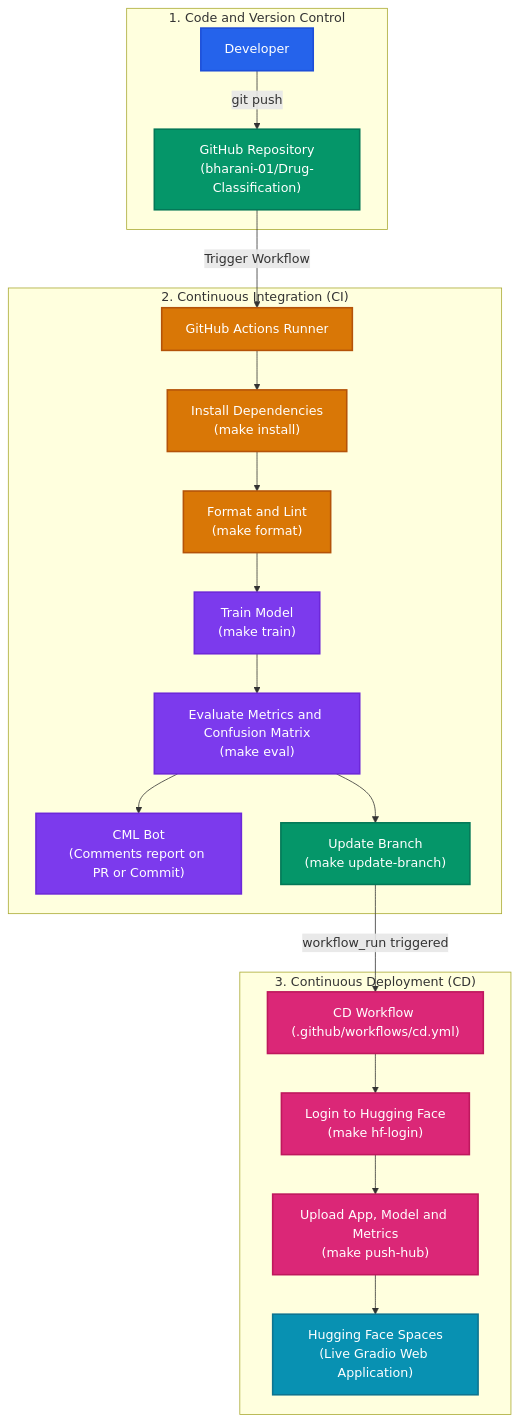
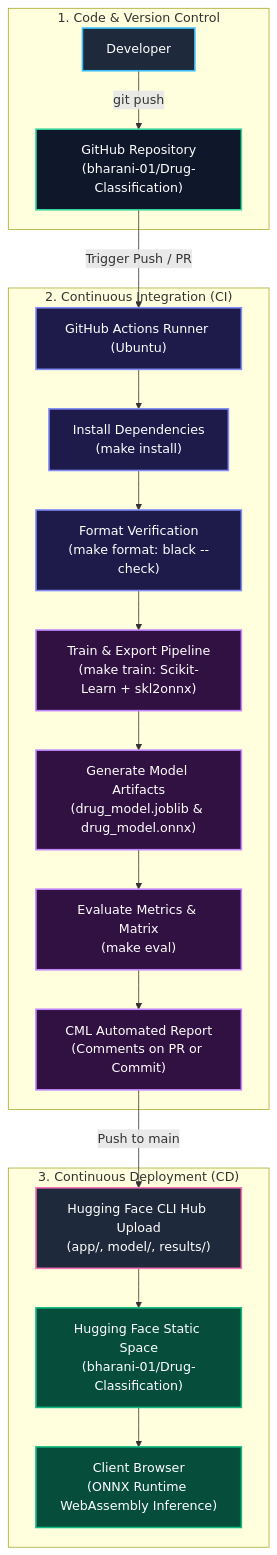
Before and after one commit to bharani-01/Drug-Classification: the diagram in README.md, drawn with Mermaid. The commit also changed other lines of this file and 16 other files, not shown here.

Commit message:
Implement static ONNX Runtime Web UI and CI/CD pipeline

````diff
--- a/README.md
+++ b/README.md
@@ -13,31 +14,29 @@
 ```mermaid
 flowchart TD
-    %% Node Styling
-    classDef dev fill:#2563eb,stroke:#1d4ed8,stroke-width:2px,color:#fff;
-    classDef git fill:#059669,stroke:#047857,stroke-width:2px,color:#fff;
-    classDef ci fill:#d97706,stroke:#b45309,stroke-width:2px,color:#fff;
-    classDef eval fill:#7c3aed,stroke:#6d28d9,stroke-width:2px,color:#fff;
-    classDef cd fill:#db2777,stroke:#be185d,stroke-width:2px,color:#fff;
-    classDef prod fill:#0891b2,stroke:#0e7490,stroke-width:2px,color:#fff;
+    classDef dev fill:#1e293b,stroke:#38bdf8,stroke-width:2px,color:#fff;
+    classDef git fill:#0f172a,stroke:#34d399,stroke-width:2px,color:#fff;
+    classDef ci fill:#1e1b4b,stroke:#818cf8,stroke-width:2px,color:#fff;
+    classDef eval fill:#311042,stroke:#c084fc,stroke-width:2px,color:#fff;
+    classDef cd fill:#1e293b,stroke:#f472b6,stroke-width:2px,color:#fff;
+    classDef prod fill:#064e3b,stroke:#10b981,stroke-width:2px,color:#fff;
 
-    subgraph S1["1. Code and Version Control"]
+    subgraph S1["1. Code & Version Control"]
         DEV["Developer"]:::dev -->|"git push"| GITHUB["GitHub Repository<br/>(bharani-01/Drug-Classification)"]:::git
     end
 
     subgraph S2["2. Continuous Integration (CI)"]
-        GITHUB -->|"Trigger Workflow"| GHA["GitHub Actions Runner"]:::ci
+        GITHUB -->|"Trigger Push / PR"| GHA["GitHub Actions Runner (Ubuntu)"]:::ci
         GHA --> DEPS["Install Dependencies<br/>(make install)"]:::ci
-        DEPS --> LINT["Format and Lint<br/>(make format)"]:::ci
-        LINT --> TRAIN["Train Model<br/>(make train)"]:::eval
-        TRAIN --> EVAL["Evaluate Metrics and Confusion Matrix<br/>(make eval)"]:::eval
-        EVAL --> CML["CML Bot<br/>(Comments report on PR or Commit)"]:::eval
-        EVAL --> UPDATE["Update Branch<br/>(make update-branch)"]:::git
+        DEPS --> LINT["Format Verification<br/>(make format: black --check)"]:::ci
+        LINT --> TRAIN["Train & Export Pipeline<br/>(make train: Scikit-Learn + skl2onnx)"]:::eval
+        TRAIN --> ARTIFACTS["Generate Model Artifacts<br/>(drug_model.joblib & drug_model.onnx)"]:::eval
+        ARTIFACTS --> EVAL["Evaluate Metrics & Matrix<br/>(make eval)"]:::eval
+        EVAL --> CML["CML Automated Report<br/>(Comments on PR or Commit)"]:::eval
     end
 
     subgraph S3["3. Continuous Deployment (CD)"]
-        UPDATE -->|"workflow_run triggered"| CD["CD Workflow (.github/workflows/cd.yml)"]:::cd
-        CD --> HF_LOGIN["Login to Hugging Face<br/>(make hf-login)"]:::cd
-        HF_LOGIN --> SYNC["Upload App, Model and Metrics<br/>(make push-hub)"]:::cd
-        SYNC --> HF["Hugging Face Spaces<br/>(Live Gradio Web Application)"]:::prod
+        CML -->|"Push to main"| HF_SYNC["Hugging Face CLI Hub Upload<br/>(app/, model/, results/)"]:::cd
+        HF_SYNC --> HF_SPACE["Hugging Face Static Space<br/>(bharani-01/Drug-Classification)"]:::prod
+        HF_SPACE --> CLIENT["Client Browser<br/>(ONNX Runtime WebAssembly Inference)"]:::prod
     end
 ```
````
